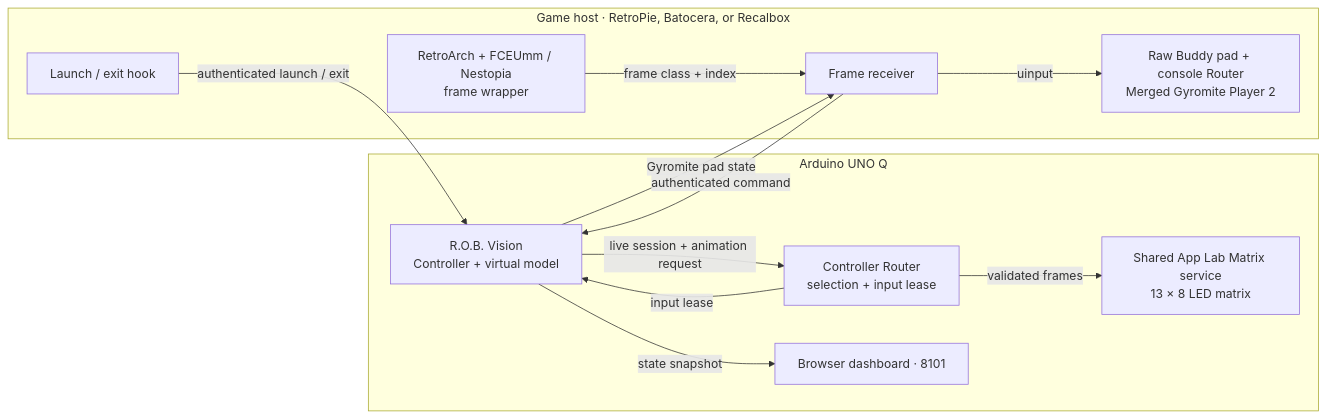
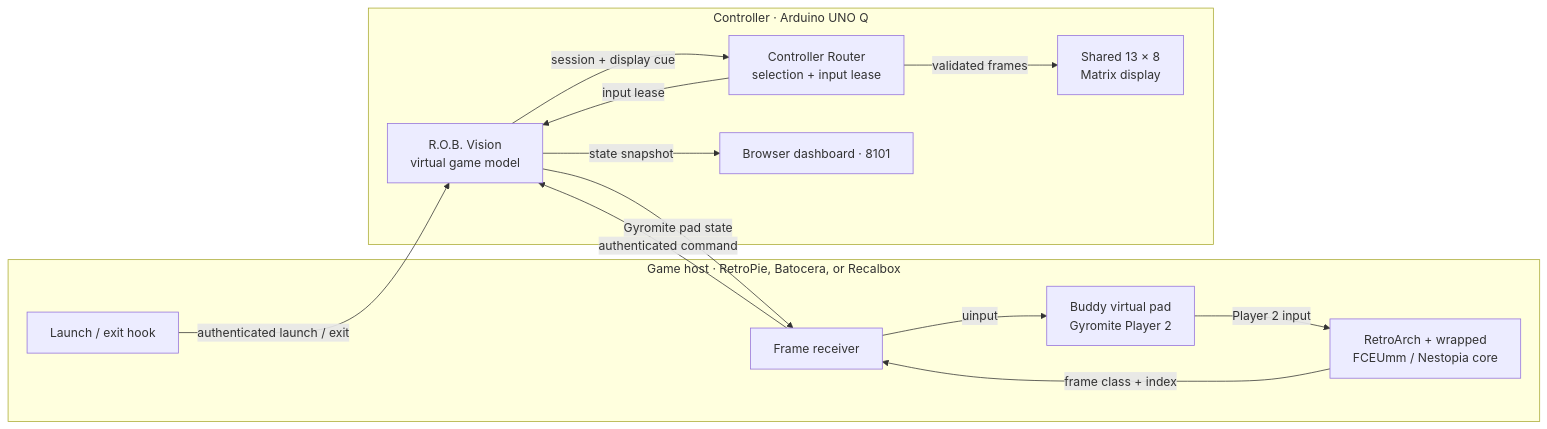
One commit to mathan416/ROB-Vision changed the diagram in docs/TECHNICAL_ARCHITECTURE.md. Above: the diagram before and after it, drawn with Mermaid. The commit also changed 17 other files, not shown here.

Commit message:
Clarify ROB Vision status labels and architecture diagram

````diff
--- a/docs/TECHNICAL_ARCHITECTURE.md
+++ b/docs/TECHNICAL_ARCHITECTURE.md
@@ -22,24 +22,25 @@
 ```mermaid
 flowchart LR
   subgraph HOST["Game host · RetroPie, Batocera, or Recalbox"]
     HOOK["Launch / exit hook"]
-    WRAPPER["RetroArch + FCEUmm / Nestopia<br/>frame wrapper"]
+    CORE["RetroArch + wrapped<br/>FCEUmm / Nestopia core"]
     RECEIVER["Frame receiver"]
-    PAD["Raw Buddy pad + console Router<br/>Merged Gyromite Player 2"]
-    WRAPPER -->|"frame class + index"| RECEIVER
-    RECEIVER -->|"uinput"| PAD
+    PAD["Buddy virtual pad<br/>Gyromite Player 2"]
   end
-  subgraph UNO["Arduino UNO Q"]
-    MODEL["R.O.B. Vision<br/>Controller + virtual model"]
+  subgraph CONTROLLER["Controller · Arduino UNO Q"]
+    MODEL["R.O.B. Vision<br/>virtual game model"]
     ROUTER["Controller Router<br/>selection + input lease"]
-    MATRIX["Shared App Lab Matrix service<br/>13 × 8 LED matrix"]
+    MATRIX["Shared 13 × 8<br/>Matrix display"]
     WEB["Browser dashboard · 8101"]
-    MODEL -->|"live session + animation request"| ROUTER
-    ROUTER -->|"input lease"| MODEL
-    ROUTER -->|"validated frames"| MATRIX
-    MODEL -->|"state snapshot"| WEB
   end
+  CORE -->|"frame class + index"| RECEIVER
   HOOK -->|"authenticated launch / exit"| MODEL
   RECEIVER -->|"authenticated command"| MODEL
+  MODEL -->|"state snapshot"| WEB
+  MODEL -->|"session + display cue"| ROUTER
+  ROUTER -->|"validated frames"| MATRIX
+  ROUTER -->|"input lease"| MODEL
   MODEL -->|"Gyromite pad state"| RECEIVER
+  RECEIVER -->|"uinput"| PAD
+  PAD -->|"Player 2 input"| CORE
 ```
````
